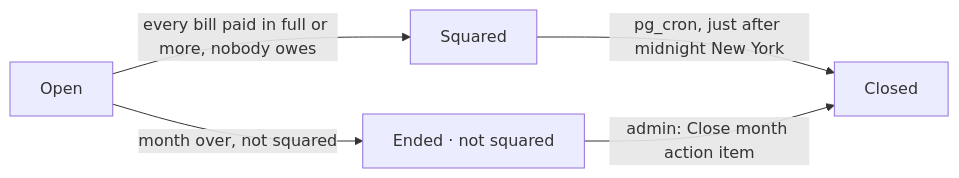
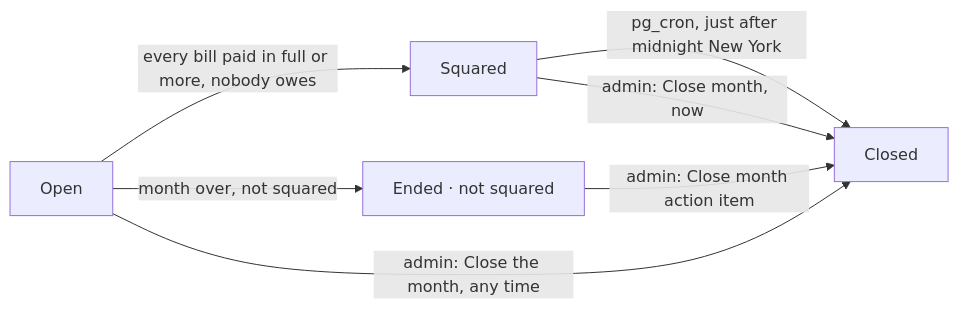
One commit to vplakkot/HomeBase changed the ninth of 12 diagrams in docs/architecture.md. Above: the diagram before and after it, drawn with Mermaid. The commit also changed other lines of this file and 11 other files, not shown here.

First line of the commit message:
Finances: close any month by hand, tick beside Paid, cleaner Previous months (#328)

````diff
--- a/docs/architecture.md
+++ b/docs/architecture.md
@@ -847,7 +847,9 @@
 ```mermaid
 flowchart LR
   Open -->|every bill paid in full or more, nobody owes| Squared
   Squared -->|pg_cron, just after midnight New York| Closed
   Open -->|month over, not squared| Ended["Ended · not squared"]
   Ended -->|admin: Close month action item| Closed
+  Open -->|admin: Close the month, any time| Closed
+  Squared -->|admin: Close month, now| Closed
 ```
````
